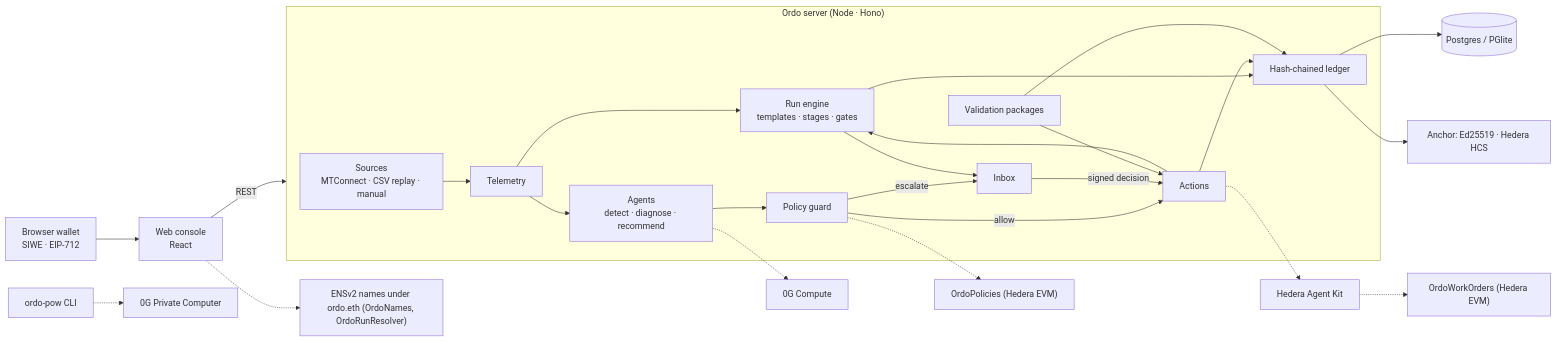
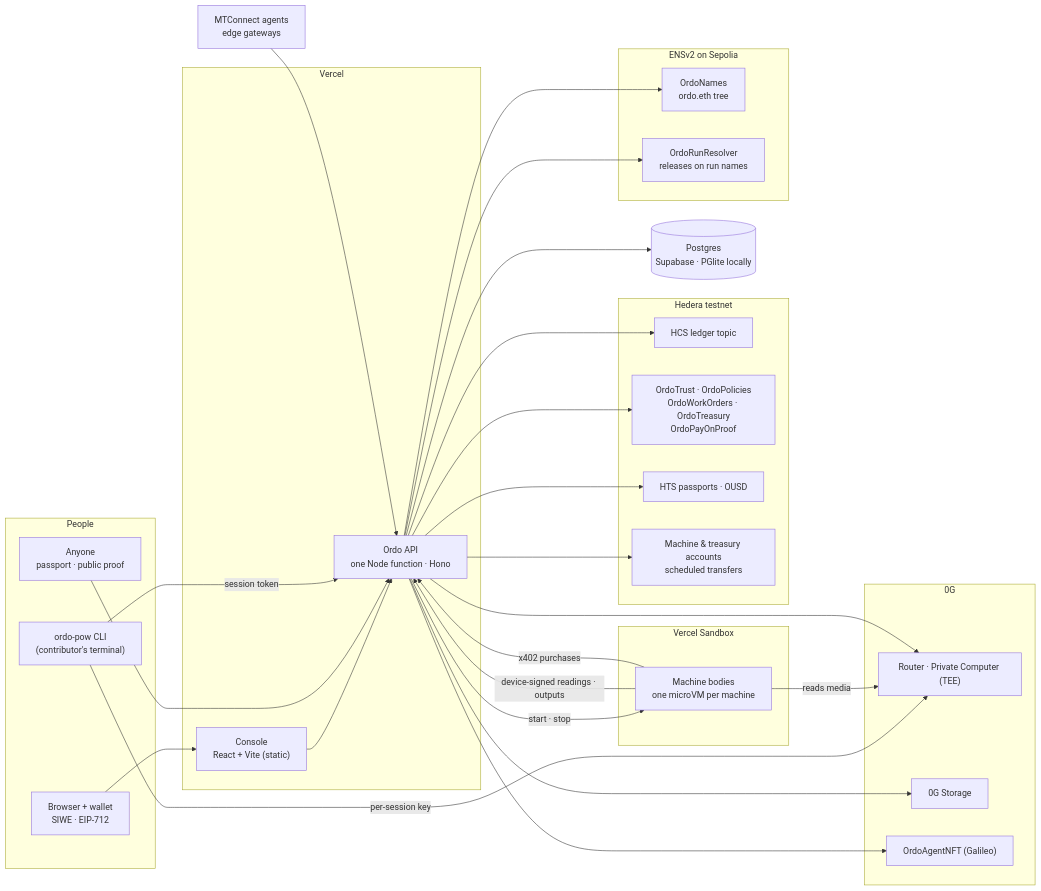
The first of 3 diagrams in README.md (AloysJehwin/ordo_orchestrator), drawn with Mermaid before and after one commit. The commit also changed other lines of this file and 4 other files, not shown here.

````diff
--- a/README.md
+++ b/README.md
@@ -52,23 +85,46 @@
 ```mermaid
 flowchart LR
-    wallet["Browser wallet<br/>SIWE · EIP-712"] --> ui["Web console<br/>React"]
-    ui -- REST --> api
-    subgraph api["Ordo server (Node · Hono)"]
-        src["Sources<br/>MTConnect · CSV replay · manual"] --> tel["Telemetry"]
-        tel --> engine["Run engine<br/>templates · stages · gates"]
-        tel --> mon["Agents<br/>detect · diagnose · recommend"] --> guard["Policy guard"]
-        guard -- allow --> act["Actions"]
-        guard -- escalate --> inbox["Inbox"] -- signed decision --> act
-        engine --> inbox
-        act --> engine
-        val["Validation packages"] --> act
-        engine & act & val --> ledger["Hash-chained ledger"]
+    subgraph people["People"]
+        browser["Browser + wallet<br/>SIWE · EIP-712"]
+        cli["ordo-pow CLI<br/>(contributor's terminal)"]
+        public["Anyone<br/>passport · public proof"]
     end
-    ledger --> db[("Postgres / PGlite")]
-    ledger --> anchor["Anchor: Ed25519 · Hedera HCS"]
-    guard -.-> reg["OrdoPolicies (Hedera EVM)"]
-    act -.-> kit["Hedera Agent Kit"] -.-> vault["OrdoWorkOrders (Hedera EVM)"]
-    mon -.-> og["0G Compute"]
-    pow["ordo-pow CLI"] -.-> pc["0G Private Computer"]
-    ui -.-> ens["ENSv2 names under ordo.eth (OrdoNames, OrdoRunResolver)"]
+    subgraph vercel["Vercel"]
+        web["Console<br/>React + Vite (static)"]
+        api["Ordo API<br/>one Node function · Hono"]
+    end
+    db[("Postgres<br/>Supabase · PGlite locally")]
+    subgraph sandbox["Vercel Sandbox"]
+        bodies["Machine bodies<br/>one microVM per machine"]
+    end
+    subgraph hedera["Hedera testnet"]
+        hcs["HCS ledger topic"]
+        trust["OrdoTrust · OrdoPolicies<br/>OrdoWorkOrders · OrdoTreasury<br/>OrdoPayOnProof"]
+        hts["HTS passports · OUSD"]
+        accts["Machine & treasury accounts<br/>scheduled transfers"]
+    end
+    subgraph ens["ENSv2 on Sepolia"]
+        names["OrdoNames<br/>ordo.eth tree"]
+        resolver["OrdoRunResolver<br/>releases on run names"]
+    end
+    subgraph zg["0G"]
+        router["Router · Private Computer (TEE)"]
+        storage["0G Storage"]
+        inft["OrdoAgentNFT (Galileo)"]
+    end
+    plant["MTConnect agents<br/>edge gateways"]
+
+    browser --> web --> api
+    public --> api
+    cli -- "session token" --> api
+    cli -- "per-session key" --> router
+    api --> db
+    api -- "start · stop" --> bodies
+    bodies -- "device-signed readings · outputs" --> api
+    bodies -- "x402 purchases" --> api
+    bodies -- "reads media" --> router
+    plant --> api
+    api --> hcs & trust & hts & accts
+    api --> names & resolver
+    api --> storage & inft & router
 ```
````
